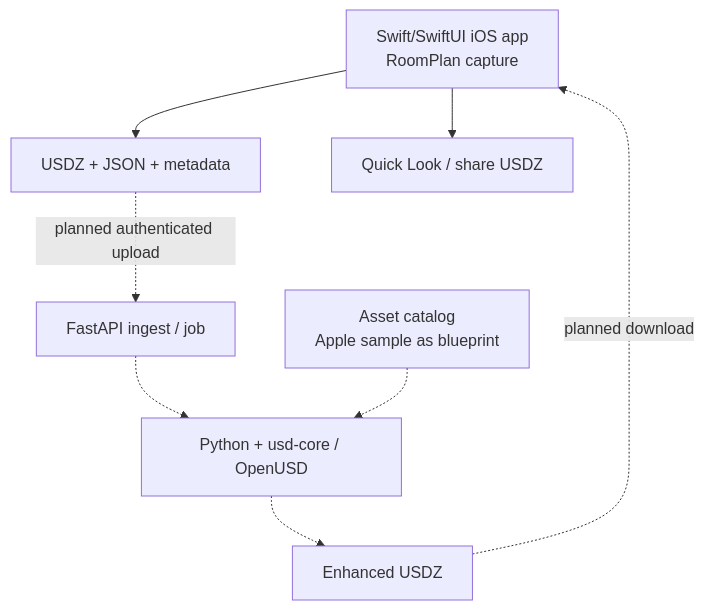
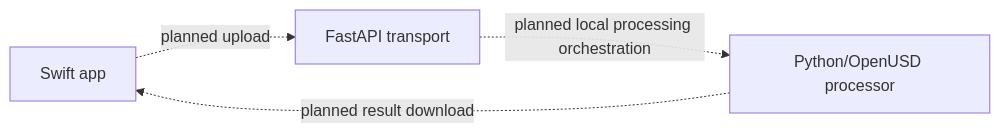
One commit to Jonas-Maihoefer/room-twin changed the second of 2 diagrams in docs/architecture/system-flow.md. Above: the diagram before and after it, drawn with Mermaid. The commit also changed other lines of this file and 93 other files, not shown here.

```diff
--- a/docs/architecture/system-flow.md
+++ b/docs/architecture/system-flow.md
@@ -22,10 +27,6 @@
 ~~~mermaid
-flowchart TD
-    IOS["Swift/SwiftUI iOS app\nRoomPlan capture"] --> RAW["USDZ + JSON + metadata"]
-    RAW -. "planned authenticated upload" .-> API["FastAPI ingest / job"]
-    API -.-> USD["Python + usd-core / OpenUSD"]
-    MODELS["Asset catalog\nApple sample as blueprint"] -.-> USD
-    USD -.-> OUTPUT["Enhanced USDZ"]
-    OUTPUT -. "planned download" .-> IOS
-    IOS --> VIEW["Quick Look / share USDZ"]
+flowchart LR
+    IOS["Swift app"] -. "planned upload" .-> API["FastAPI transport"]
+    API -. "planned local processing orchestration" .-> CLI["Python/OpenUSD processor"]
+    CLI -. "planned result download" .-> IOS
 ~~~
```
